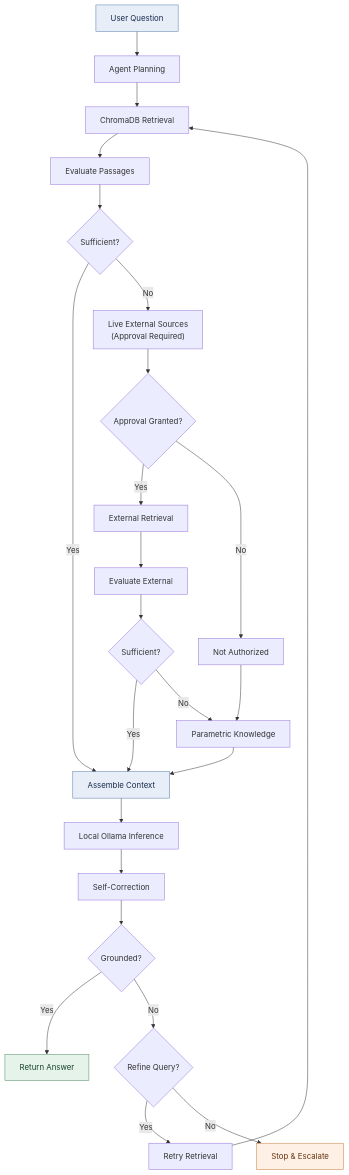
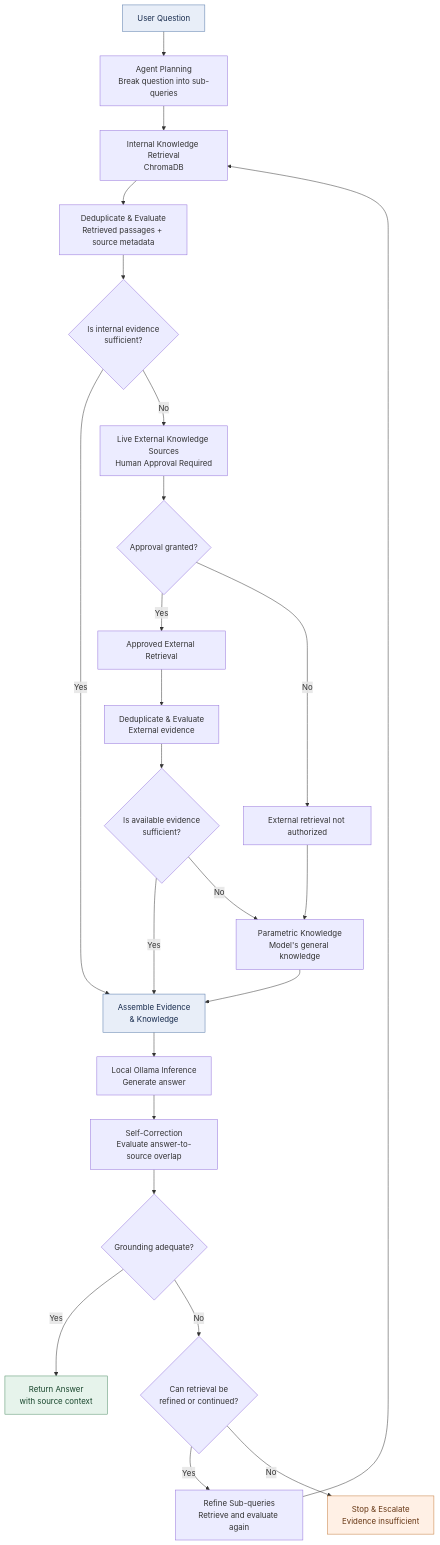
The second of 2 diagrams in README.MD (panxiaoyan225-sudo/Agentic_RAG_Pipeline), drawn with Mermaid before and after one commit. The commit also changed other lines of this file, not shown here.

Commit message:
How the Agent Is Instructed & Governed

````diff
--- a/README.MD
+++ b/README.MD
@@ -31,39 +31,39 @@
 ```mermaid
 flowchart TD
-    A["User Question"] --> B["Agent Planning"]
-    B --> C["ChromaDB Retrieval"]
-    C --> D["Evaluate Passages"]
+    A["User Question"] --> B["Agent Planning<br/>Break question into sub-queries"]
+    B --> C["Internal Knowledge Retrieval<br/>ChromaDB"]
+    C --> D["Deduplicate & Evaluate<br/>Retrieved passages + source metadata"]
 
-    D --> E{"Sufficient?"}
+    D --> E{"Is internal evidence<br/>sufficient?"}
 
-    E -->|Yes| H["Assemble Context"]
-    E -->|No| F["Live External Sources<br>(Approval Required)"]
+    E -->|Yes| H["Assemble Evidence<br/>& Knowledge "]
+    E -->|No| F["Live External Knowledge Sources<br/>Human Approval Required"]
 
-    F --> G{"Approval Granted?"}
-    G -->|Yes| I["External Retrieval"]
-    G -->|No| J["Not Authorized"]
+    F --> G{"Approval granted?"}
+    G -->|Yes| I["Approved External Retrieval"]
+    G -->|No| J["External retrieval not authorized"]
 
-    I --> K["Evaluate External"]
-    K --> L{"Sufficient?"}
+    I --> K["Deduplicate & Evaluate<br/>External evidence"]
+    K --> L{"Is available evidence<br/>sufficient?"}
 
-    J --> M["Parametric Knowledge"]
+    J --> M["Parametric Knowledge<br/>Model's general knowledge"]
     L -->|Yes| H
     L -->|No| M
 
     M --> H
-    H --> N["Local Ollama Inference"]
-    N --> O["Self-Correction"]
-    O --> P{"Grounded?"}
+    H --> N["Local Ollama Inference<br/>Generate answer"]
+    N --> O["Self-Correction<br/>Evaluate answer-to-source overlap"]
+    O --> P{"Grounding adequate?"}
 
-    P -->|Yes| Q["Return Answer"]
-    P -->|No| R{"Refine Query?"}
+    P -->|Yes| Q["Return Answer<br/>with source context"]
+    P -->|No| R{"Can retrieval be<br/>refined or continued?"}
 
-    R -->|Yes| S["Retry Retrieval"]
+    R -->|Yes| S["Refine Sub-queries<br/>Retrieve and evaluate again"]
     S --> C
-    R -->|No| T["Stop & Escalate"]
+    R -->|No| T["Stop & Escalate<br/>Evidence insufficient"]
 
     style A fill:#e8eef8,stroke:#5276a8,color:#172b4d
     style Q fill:#e6f3eb,stroke:#4c8b63,color:#17452b
     style T fill:#fff0e5,stroke:#c47a3b,color:#653512
     style H fill:#e8eef8,stroke:#5276a8,color:#172b4d
 ```
````
